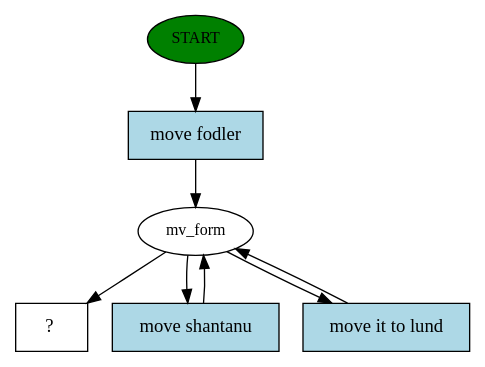
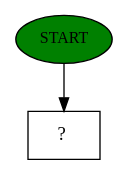
One commit to tanmaysinghal98/chatbot changed the diagram in story_graph.dot. Above: the diagram before and after it, drawn with Graphviz. The commit also changed 17 other files, not shown here.

```diff
--- a/story_graph.dot
+++ b/story_graph.dot
@@ -1,15 +1,5 @@
 digraph  {
 0 [class="start active", fillcolor=green, fontsize=12, label=START, style=filled];
-1 [class=active, fontsize=12, label=mv_form];
-4 [class="intent dashed active", label="  ?  ", shape=rect];
-5 [class="intent active", fillcolor=lightblue, label="move fodler", shape=rect, style=filled];
-6 [class="intent active", fillcolor=lightblue, label="move shantanu", shape=rect, style=filled];
-7 [class="intent active", fillcolor=lightblue, label="move it to lund", shape=rect, style=filled];
-0 -> 5  [class=active, key=0];
-1 -> 4  [class=active, key=NONE, label=""];
-1 -> 6  [class=active, key=0];
-1 -> 7  [class=active, key=0];
-5 -> 1  [class=active, key=0];
-6 -> 1  [class=active, key=0];
-7 -> 1  [class=active, key=0];
+1 [class="intent dashed active", label="  ?  ", shape=rect];
+0 -> 1  [class=active, key=NONE, label=""];
 }
```
